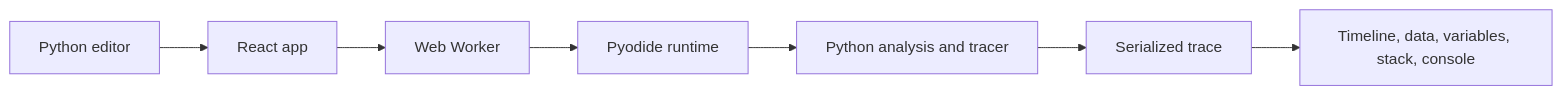
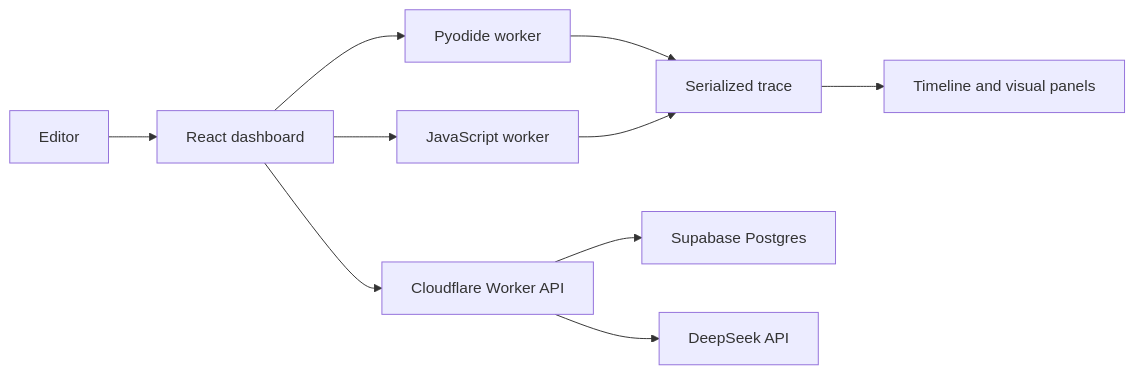
One commit to harsit14/code_visualizer changed the diagram in README.md. Above: the diagram before and after it, drawn with Mermaid. The commit also changed other lines of this file, not shown here.

````diff
--- a/README.md
+++ b/README.md
@@ -83,9 +67,12 @@
 ```mermaid
 flowchart LR
-  Editor["Python editor"] --> UI["React app"]
-  UI --> Worker["Web Worker"]
-  Worker --> Pyodide["Pyodide runtime"]
-  Pyodide --> Engine["Python analysis and tracer"]
-  Engine --> Trace["Serialized trace"]
-  Trace --> Panels["Timeline, data, variables, stack, console"]
+  Editor["Editor"] --> UI["React dashboard"]
+  UI --> PyWorker["Pyodide worker"]
+  UI --> JsWorker["JavaScript worker"]
+  PyWorker --> Trace["Serialized trace"]
+  JsWorker --> Trace
+  Trace --> Panels["Timeline and visual panels"]
+  UI --> Worker["Cloudflare Worker API"]
+  Worker --> Supabase["Supabase Postgres"]
+  Worker --> DeepSeek["DeepSeek API"]
 ```
````
